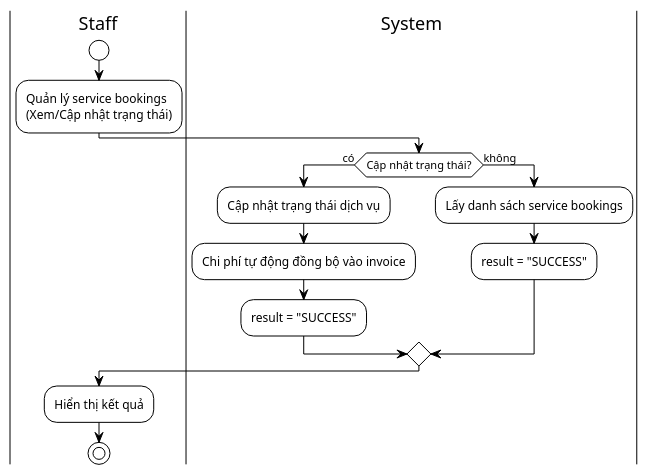
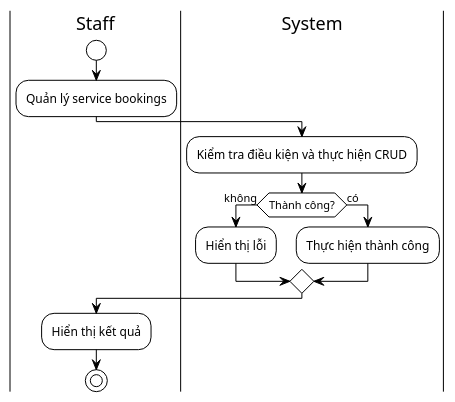
Before and after one commit to AnthanBiPhap/Khachsan: the diagram in Phân tích hệ thống/Sơ đồ hoạt động/ACTIVITY_DIAGRAM_SERVICE_STAFF.puml, drawn with PlantUML. The commit also changed 65 other files, not shown here.

```diff
--- a/Phân tích hệ thống/Sơ đồ hoạt động/ACTIVITY_DIAGRAM_SERVICE_STAFF.puml
+++ b/Phân tích hệ thống/Sơ đồ hoạt động/ACTIVITY_DIAGRAM_SERVICE_STAFF.puml
@@ -1,22 +1,20 @@
 @startuml Activity_Service_Staff
 !theme plain
 
 |Staff|
 start
-:Quản lý service bookings\n(Xem/Cập nhật trạng thái);
+:Quản lý service bookings;
 
 |System|
-if (Cập nhật trạng thái?) then (có)
-    :Cập nhật trạng thái dịch vụ;
-    :Chi phí tự động đồng bộ vào invoice;
-    :result = "SUCCESS";
-else (không)
-    :Lấy danh sách service bookings;
-    :result = "SUCCESS";
+:Kiểm tra điều kiện và thực hiện CRUD;
+if (Thành công?) then (không)
+    :Hiển thị lỗi;
+else (có)
+    :Thực hiện thành công;
 endif
 
 |Staff|
 :Hiển thị kết quả;
 stop
 
 @enduml
```
